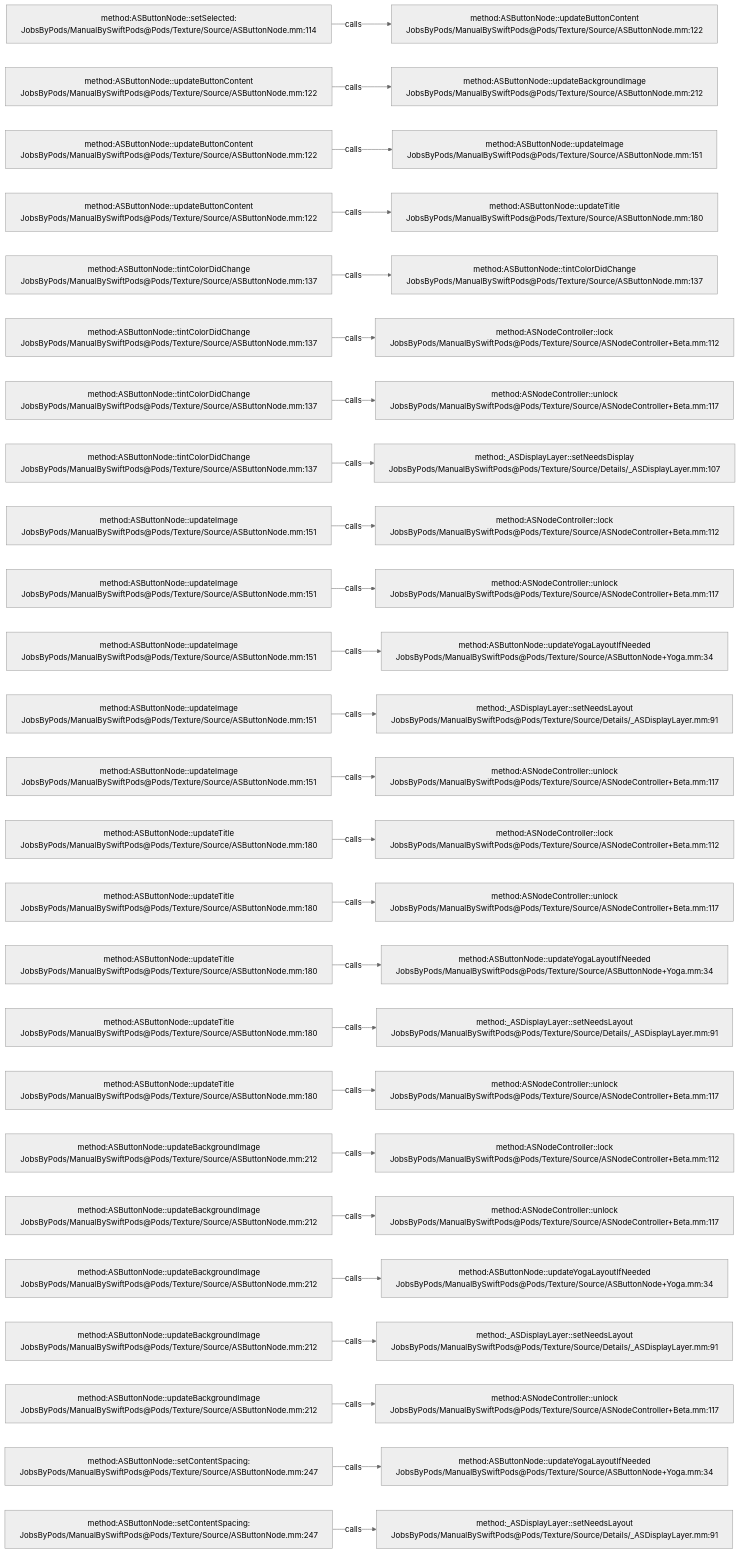
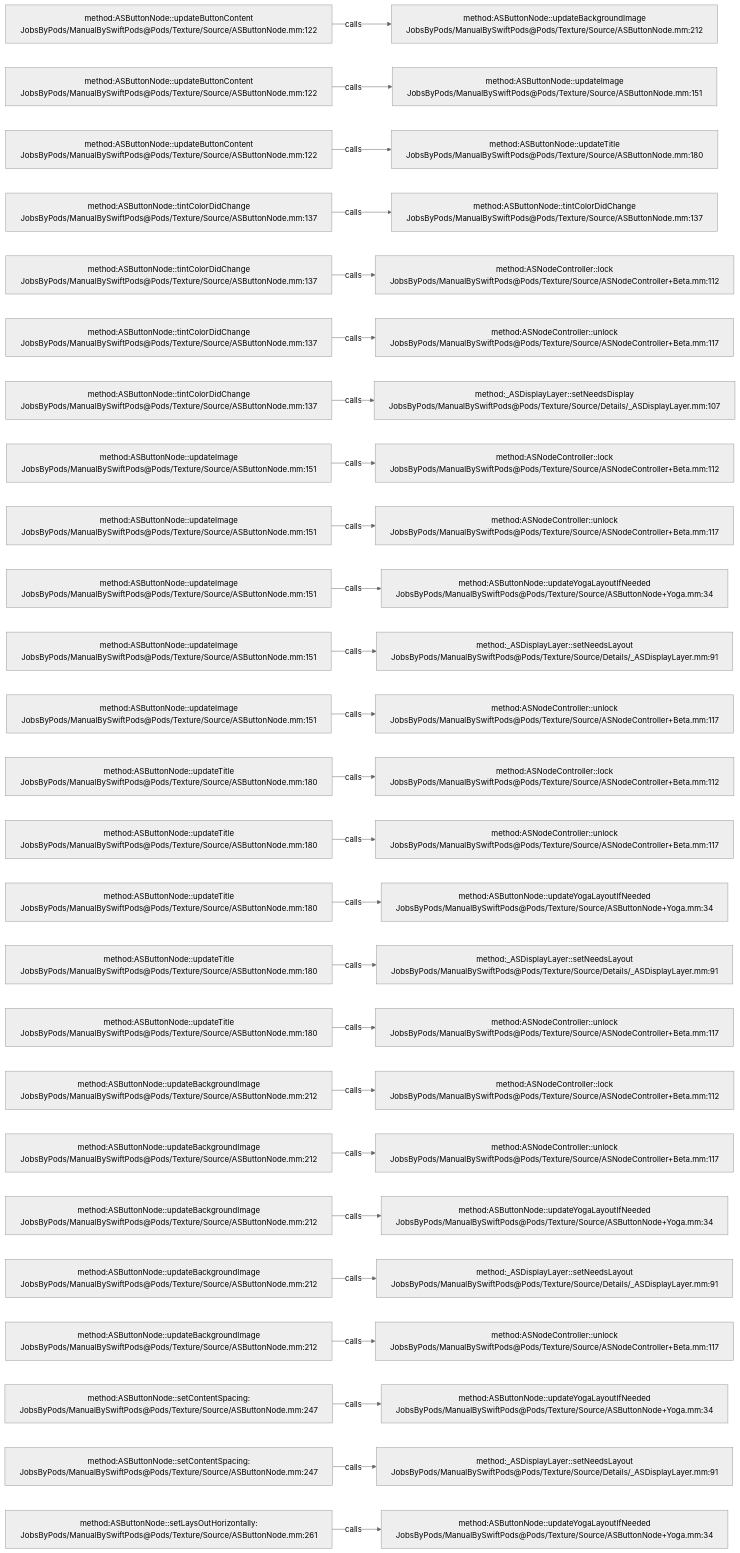
One commit to JobsKits/JobsSwiftBaseConfigDemo changed the diagram in .codegraph/codegraph.md/graphs/calls-003.md. Above: the diagram before and after it, drawn with Mermaid (neutral theme). The commit also changed 747 other files, not shown here.

````diff
--- a/.codegraph/codegraph.md/graphs/calls-003.md
+++ b/.codegraph/codegraph.md/graphs/calls-003.md
@@ -13,78 +13,78 @@
 ```mermaid
 flowchart LR
-  S1["method:ASButtonNode::setSelected:<br/>JobsByPods/ManualBySwiftPods@Pods/Texture/Source/ASButtonNode.mm:114"]
-  T1["method:ASButtonNode::updateButtonContent<br/>JobsByPods/ManualBySwiftPods@Pods/Texture/Source/ASButtonNode.mm:122"]
+  S1["method:ASButtonNode::updateButtonContent<br/>JobsByPods/ManualBySwiftPods@Pods/Texture/Source/ASButtonNode.mm:122"]
+  T1["method:ASButtonNode::updateBackgroundImage<br/>JobsByPods/ManualBySwiftPods@Pods/Texture/Source/ASButtonNode.mm:212"]
   S1 -->|calls| T1
   S2["method:ASButtonNode::updateButtonContent<br/>JobsByPods/ManualBySwiftPods@Pods/Texture/Source/ASButtonNode.mm:122"]
-  T2["method:ASButtonNode::updateBackgroundImage<br/>JobsByPods/ManualBySwiftPods@Pods/Texture/Source/ASButtonNode.mm:212"]
+  T2["method:ASButtonNode::updateImage<br/>JobsByPods/ManualBySwiftPods@Pods/Texture/Source/ASButtonNode.mm:151"]
   S2 -->|calls| T2
   S3["method:ASButtonNode::updateButtonContent<br/>JobsByPods/ManualBySwiftPods@Pods/Texture/Source/ASButtonNode.mm:122"]
-  T3["method:ASButtonNode::updateImage<br/>JobsByPods/ManualBySwiftPods@Pods/Texture/Source/ASButtonNode.mm:151"]
+  T3["method:ASButtonNode::updateTitle<br/>JobsByPods/ManualBySwiftPods@Pods/Texture/Source/ASButtonNode.mm:180"]
   S3 -->|calls| T3
-  S4["method:ASButtonNode::updateButtonContent<br/>JobsByPods/ManualBySwiftPods@Pods/Texture/Source/ASButtonNode.mm:122"]
-  T4["method:ASButtonNode::updateTitle<br/>JobsByPods/ManualBySwiftPods@Pods/Texture/Source/ASButtonNode.mm:180"]
+  S4["method:ASButtonNode::tintColorDidChange<br/>JobsByPods/ManualBySwiftPods@Pods/Texture/Source/ASButtonNode.mm:137"]
+  T4["method:ASButtonNode::tintColorDidChange<br/>JobsByPods/ManualBySwiftPods@Pods/Texture/Source/ASButtonNode.mm:137"]
   S4 -->|calls| T4
   S5["method:ASButtonNode::tintColorDidChange<br/>JobsByPods/ManualBySwiftPods@Pods/Texture/Source/ASButtonNode.mm:137"]
-  T5["method:ASButtonNode::tintColorDidChange<br/>JobsByPods/ManualBySwiftPods@Pods/Texture/Source/ASButtonNode.mm:137"]
+  T5["method:ASNodeController::lock<br/>JobsByPods/ManualBySwiftPods@Pods/Texture/Source/ASNodeController+Beta.mm:112"]
   S5 -->|calls| T5
   S6["method:ASButtonNode::tintColorDidChange<br/>JobsByPods/ManualBySwiftPods@Pods/Texture/Source/ASButtonNode.mm:137"]
-  T6["method:ASNodeController::lock<br/>JobsByPods/ManualBySwiftPods@Pods/Texture/Source/ASNodeController+Beta.mm:112"]
+  T6["method:ASNodeController::unlock<br/>JobsByPods/ManualBySwiftPods@Pods/Texture/Source/ASNodeController+Beta.mm:117"]
   S6 -->|calls| T6
   S7["method:ASButtonNode::tintColorDidChange<br/>JobsByPods/ManualBySwiftPods@Pods/Texture/Source/ASButtonNode.mm:137"]
-  T7["method:ASNodeController::unlock<br/>JobsByPods/ManualBySwiftPods@Pods/Texture/Source/ASNodeController+Beta.mm:117"]
+  T7["method:_ASDisplayLayer::setNeedsDisplay<br/>JobsByPods/ManualBySwiftPods@Pods/Texture/Source/Details/_ASDisplayLayer.mm:107"]
   S7 -->|calls| T7
-  S8["method:ASButtonNode::tintColorDidChange<br/>JobsByPods/ManualBySwiftPods@Pods/Texture/Source/ASButtonNode.mm:137"]
-  T8["method:_ASDisplayLayer::setNeedsDisplay<br/>JobsByPods/ManualBySwiftPods@Pods/Texture/Source/Details/_ASDisplayLayer.mm:107"]
+  S8["method:ASButtonNode::updateImage<br/>JobsByPods/ManualBySwiftPods@Pods/Texture/Source/ASButtonNode.mm:151"]
+  T8["method:ASNodeController::lock<br/>JobsByPods/ManualBySwiftPods@Pods/Texture/Source/ASNodeController+Beta.mm:112"]
   S8 -->|calls| T8
   S9["method:ASButtonNode::updateImage<br/>JobsByPods/ManualBySwiftPods@Pods/Texture/Source/ASButtonNode.mm:151"]
-  T9["method:ASNodeController::lock<br/>JobsByPods/ManualBySwiftPods@Pods/Texture/Source/ASNodeController+Beta.mm:112"]
+  T9["method:ASNodeController::unlock<br/>JobsByPods/ManualBySwiftPods@Pods/Texture/Source/ASNodeController+Beta.mm:117"]
   S9 -->|calls| T9
   S10["method:ASButtonNode::updateImage<br/>JobsByPods/ManualBySwiftPods@Pods/Texture/Source/ASButtonNode.mm:151"]
-  T10["method:ASNodeController::unlock<br/>JobsByPods/ManualBySwiftPods@Pods/Texture/Source/ASNodeController+Beta.mm:117"]
+  T10["method:ASButtonNode::updateYogaLayoutIfNeeded<br/>JobsByPods/ManualBySwiftPods@Pods/Texture/Source/ASButtonNode+Yoga.mm:34"]
   S10 -->|calls| T10
   S11["method:ASButtonNode::updateImage<br/>JobsByPods/ManualBySwiftPods@Pods/Texture/Source/ASButtonNode.mm:151"]
-  T11["method:ASButtonNode::updateYogaLayoutIfNeeded<br/>JobsByPods/ManualBySwiftPods@Pods/Texture/Source/ASButtonNode+Yoga.mm:34"]
+  T11["method:_ASDisplayLayer::setNeedsLayout<br/>JobsByPods/ManualBySwiftPods@Pods/Texture/Source/Details/_ASDisplayLayer.mm:91"]
   S11 -->|calls| T11
   S12["method:ASButtonNode::updateImage<br/>JobsByPods/ManualBySwiftPods@Pods/Texture/Source/ASButtonNode.mm:151"]
-  T12["method:_ASDisplayLayer::setNeedsLayout<br/>JobsByPods/ManualBySwiftPods@Pods/Texture/Source/Details/_ASDisplayLayer.mm:91"]
+  T12["method:ASNodeController::unlock<br/>JobsByPods/ManualBySwiftPods@Pods/Texture/Source/ASNodeController+Beta.mm:117"]
   S12 -->|calls| T12
-  S13["method:ASButtonNode::updateImage<br/>JobsByPods/ManualBySwiftPods@Pods/Texture/Source/ASButtonNode.mm:151"]
-  T13["method:ASNodeController::unlock<br/>JobsByPods/ManualBySwiftPods@Pods/Texture/Source/ASNodeController+Beta.mm:117"]
+  S13["method:ASButtonNode::updateTitle<br/>JobsByPods/ManualBySwiftPods@Pods/Texture/Source/ASButtonNode.mm:180"]
+  T13["method:ASNodeController::lock<br/>JobsByPods/ManualBySwiftPods@Pods/Texture/Source/ASNodeController+Beta.mm:112"]
   S13 -->|calls| T13
   S14["method:ASButtonNode::updateTitle<br/>JobsByPods/ManualBySwiftPods@Pods/Texture/Source/ASButtonNode.mm:180"]
-  T14["method:ASNodeController::lock<br/>JobsByPods/ManualBySwiftPods@Pods/Texture/Source/ASNodeController+Beta.mm:112"]
+  T14["method:ASNodeController::unlock<br/>JobsByPods/ManualBySwiftPods@Pods/Texture/Source/ASNodeController+Beta.mm:117"]
   S14 -->|calls| T14
   S15["method:ASButtonNode::updateTitle<br/>JobsByPods/ManualBySwiftPods@Pods/Texture/Source/ASButtonNode.mm:180"]
-  T15["method:ASNodeController::unlock<br/>JobsByPods/ManualBySwiftPods@Pods/Texture/Source/ASNodeController+Beta.mm:117"]
+  T15["method:ASButtonNode::updateYogaLayoutIfNeeded<br/>JobsByPods/ManualBySwiftPods@Pods/Texture/Source/ASButtonNode+Yoga.mm:34"]
   S15 -->|calls| T15
   S16["method:ASButtonNode::updateTitle<br/>JobsByPods/ManualBySwiftPods@Pods/Texture/Source/ASButtonNode.mm:180"]
-  T16["method:ASButtonNode::updateYogaLayoutIfNeeded<br/>JobsByPods/ManualBySwiftPods@Pods/Texture/Source/ASButtonNode+Yoga.mm:34"]
+  T16["method:_ASDisplayLayer::setNeedsLayout<br/>JobsByPods/ManualBySwiftPods@Pods/Texture/Source/Details/_ASDisplayLayer.mm:91"]
   S16 -->|calls| T16
   S17["method:ASButtonNode::updateTitle<br/>JobsByPods/ManualBySwiftPods@Pods/Texture/Source/ASButtonNode.mm:180"]
-  T17["method:_ASDisplayLayer::setNeedsLayout<br/>JobsByPods/ManualBySwiftPods@Pods/Texture/Source/Details/_ASDisplayLayer.mm:91"]
+  T17["method:ASNodeController::unlock<br/>JobsByPods/ManualBySwiftPods@Pods/Texture/Source/ASNodeController+Beta.mm:117"]
   S17 -->|calls| T17
-  S18["method:ASButtonNode::updateTitle<br/>JobsByPods/ManualBySwiftPods@Pods/Texture/Source/ASButtonNode.mm:180"]
-  T18["method:ASNodeController::unlock<br/>JobsByPods/ManualBySwiftPods@Pods/Texture/Source/ASNodeController+Beta.mm:117"]
+  S18["method:ASButtonNode::updateBackgroundImage<br/>JobsByPods/ManualBySwiftPods@Pods/Texture/Source/ASButtonNode.mm:212"]
+  T18["method:ASNodeController::lock<br/>JobsByPods/ManualBySwiftPods@Pods/Texture/Source/ASNodeController+Beta.mm:112"]
   S18 -->|calls| T18
   S19["method:ASButtonNode::updateBackgroundImage<br/>JobsByPods/ManualBySwiftPods@Pods/Texture/Source/ASButtonNode.mm:212"]
-  T19["method:ASNodeController::lock<br/>JobsByPods/ManualBySwiftPods@Pods/Texture/Source/ASNodeController+Beta.mm:112"]
+  T19["method:ASNodeController::unlock<br/>JobsByPods/ManualBySwiftPods@Pods/Texture/Source/ASNodeController+Beta.mm:117"]
   S19 -->|calls| T19
   S20["method:ASButtonNode::updateBackgroundImage<br/>JobsByPods/ManualBySwiftPods@Pods/Texture/Source/ASButtonNode.mm:212"]
-  T20["method:ASNodeController::unlock<br/>JobsByPods/ManualBySwiftPods@Pods/Texture/Source/ASNodeController+Beta.mm:117"]
+  T20["method:ASButtonNode::updateYogaLayoutIfNeeded<br/>JobsByPods/ManualBySwiftPods@Pods/Texture/Source/ASButtonNode+Yoga.mm:34"]
   S20 -->|calls| T20
   S21["method:ASButtonNode::updateBackgroundImage<br/>JobsByPods/ManualBySwiftPods@Pods/Texture/Source/ASButtonNode.mm:212"]
-  T21["method:ASButtonNode::updateYogaLayoutIfNeeded<br/>JobsByPods/ManualBySwiftPods@Pods/Texture/Source/ASButtonNode+Yoga.mm:34"]
+  T21["method:_ASDisplayLayer::setNeedsLayout<br/>JobsByPods/ManualBySwiftPods@Pods/Texture/Source/Details/_ASDisplayLayer.mm:91"]
   S21 -->|calls| T21
   S22["method:ASButtonNode::updateBackgroundImage<br/>JobsByPods/ManualBySwiftPods@Pods/Texture/Source/ASButtonNode.mm:212"]
-  T22["method:_ASDisplayLayer::setNeedsLayout<br/>JobsByPods/ManualBySwiftPods@Pods/Texture/Source/Details/_ASDisplayLayer.mm:91"]
+  T22["method:ASNodeController::unlock<br/>JobsByPods/ManualBySwiftPods@Pods/Texture/Source/ASNodeController+Beta.mm:117"]
   S22 -->|calls| T22
-  S23["method:ASButtonNode::updateBackgroundImage<br/>JobsByPods/ManualBySwiftPods@Pods/Texture/Source/ASButtonNode.mm:212"]
-  T23["method:ASNodeController::unlock<br/>JobsByPods/ManualBySwiftPods@Pods/Texture/Source/ASNodeController+Beta.mm:117"]
+  S23["method:ASButtonNode::setContentSpacing:<br/>JobsByPods/ManualBySwiftPods@Pods/Texture/Source/ASButtonNode.mm:247"]
+  T23["method:ASButtonNode::updateYogaLayoutIfNeeded<br/>JobsByPods/ManualBySwiftPods@Pods/Texture/Source/ASButtonNode+Yoga.mm:34"]
   S23 -->|calls| T23
   S24["method:ASButtonNode::setContentSpacing:<br/>JobsByPods/ManualBySwiftPods@Pods/Texture/Source/ASButtonNode.mm:247"]
-  T24["method:ASButtonNode::updateYogaLayoutIfNeeded<br/>JobsByPods/ManualBySwiftPods@Pods/Texture/Source/ASButtonNode+Yoga.mm:34"]
+  T24["method:_ASDisplayLayer::setNeedsLayout<br/>JobsByPods/ManualBySwiftPods@Pods/Texture/Source/Details/_ASDisplayLayer.mm:91"]
   S24 -->|calls| T24
-  S25["method:ASButtonNode::setContentSpacing:<br/>JobsByPods/ManualBySwiftPods@Pods/Texture/Source/ASButtonNode.mm:247"]
-  T25["method:_ASDisplayLayer::setNeedsLayout<br/>JobsByPods/ManualBySwiftPods@Pods/Texture/Source/Details/_ASDisplayLayer.mm:91"]
+  S25["method:ASButtonNode::setLaysOutHorizontally:<br/>JobsByPods/ManualBySwiftPods@Pods/Texture/Source/ASButtonNode.mm:261"]
+  T25["method:ASButtonNode::updateYogaLayoutIfNeeded<br/>JobsByPods/ManualBySwiftPods@Pods/Texture/Source/ASButtonNode+Yoga.mm:34"]
   S25 -->|calls| T25
 ```
````
